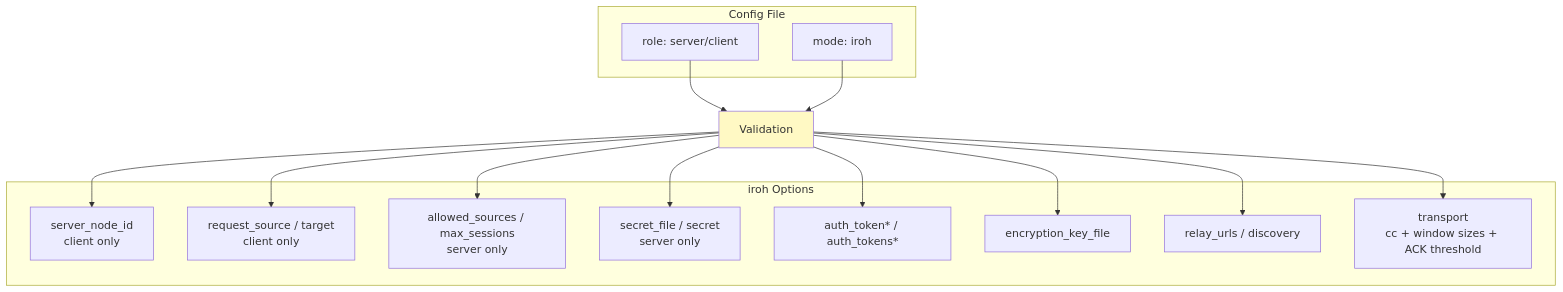
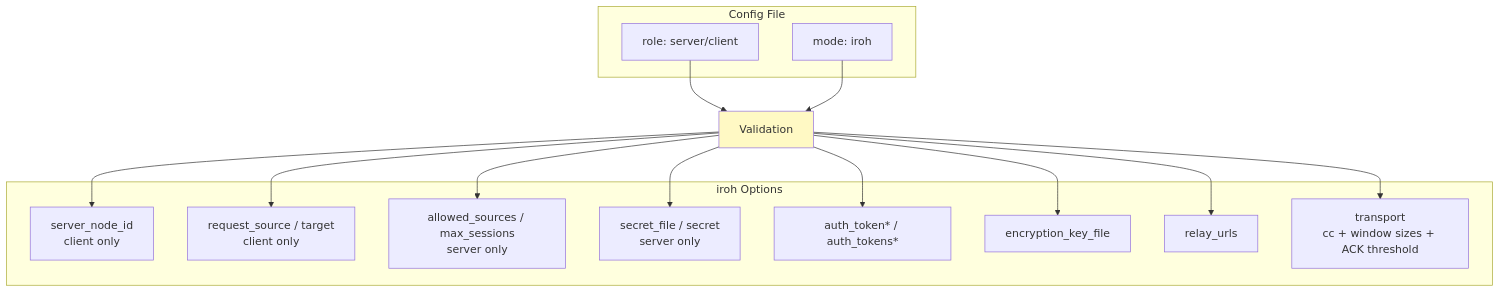
Before and after one commit to andrewtheguy/tunnel-rs: the tenth of 22 diagrams in docs/ARCHITECTURE.md, drawn with Mermaid. The commit also changed 7 other files, not shown here.

First line of the commit message:
Remove the discovery option; discovery now strictly follows relay mode

````diff
--- a/docs/ARCHITECTURE.md
+++ b/docs/ARCHITECTURE.md
@@ -343,31 +343,31 @@
 ```mermaid
 graph TB
     subgraph "Config File"
         A[role: server/client]
         B[mode: iroh]
     end
 
     subgraph "iroh Options"
         C[server_node_id<br/>client only]
         D[request_source / target<br/>client only]
         E[allowed_sources / max_sessions<br/>server only]
         F[secret_file / secret<br/>server only]
         G[auth_token* / auth_tokens*]
         H[encryption_key_file]
-        I[relay_urls / discovery]
+        I[relay_urls]
         J[transport<br/>cc + window sizes + ACK threshold]
     end
 
     A --> S[Validation]
     B --> S
     S --> C
     S --> D
     S --> E
     S --> F
     S --> G
     S --> H
     S --> I
     S --> J
 
     style S fill:#FFF9C4
 ```
````
